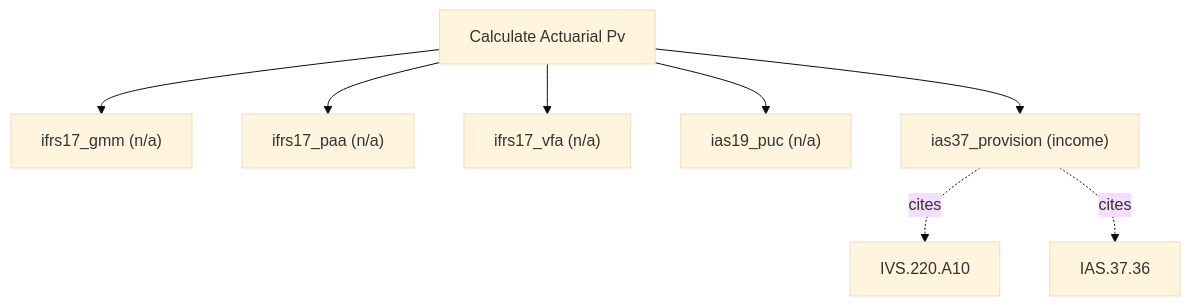
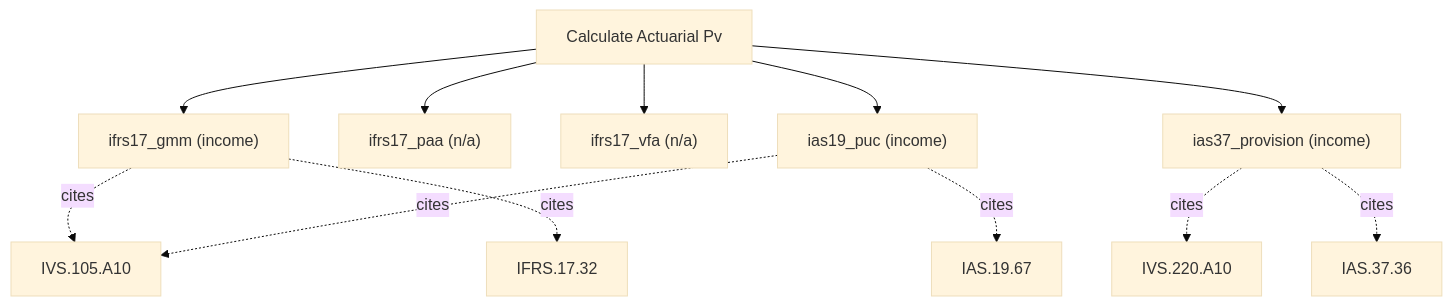
Before and after one commit to simonmak-ascent/fair-value: the diagram in docs/methods/calculate_actuarial_pv.md, drawn with Mermaid (base theme). The commit also changed other lines of this file and 11 other files, not shown here.

First line of the commit message:
feat(standards): cite IFRS 9/17 and IAS 19 from the AASB verbatim adoptions

````diff
--- a/docs/methods/calculate_actuarial_pv.md
+++ b/docs/methods/calculate_actuarial_pv.md
@@ -5,11 +5,15 @@
 ```mermaid
 flowchart TD
   T[Calculate Actuarial Pv]
-  T --> calculate_actuarial_pv_ifrs17_gmm["ifrs17_gmm (n/a)"]
+  T --> calculate_actuarial_pv_ifrs17_gmm["ifrs17_gmm (income)"]
+  calculate_actuarial_pv_ifrs17_gmm -. cites .-> IVS_105_A10[IVS.105.A10]
+  calculate_actuarial_pv_ifrs17_gmm -. cites .-> IFRS_17_32[IFRS.17.32]
   T --> calculate_actuarial_pv_ifrs17_paa["ifrs17_paa (n/a)"]
   T --> calculate_actuarial_pv_ifrs17_vfa["ifrs17_vfa (n/a)"]
-  T --> calculate_actuarial_pv_ias19_puc["ias19_puc (n/a)"]
+  T --> calculate_actuarial_pv_ias19_puc["ias19_puc (income)"]
+  calculate_actuarial_pv_ias19_puc -. cites .-> IVS_105_A10[IVS.105.A10]
+  calculate_actuarial_pv_ias19_puc -. cites .-> IAS_19_67[IAS.19.67]
   T --> calculate_actuarial_pv_ias37_provision["ias37_provision (income)"]
   calculate_actuarial_pv_ias37_provision -. cites .-> IVS_220_A10[IVS.220.A10]
   calculate_actuarial_pv_ias37_provision -. cites .-> IAS_37_36[IAS.37.36]
 ```
````
